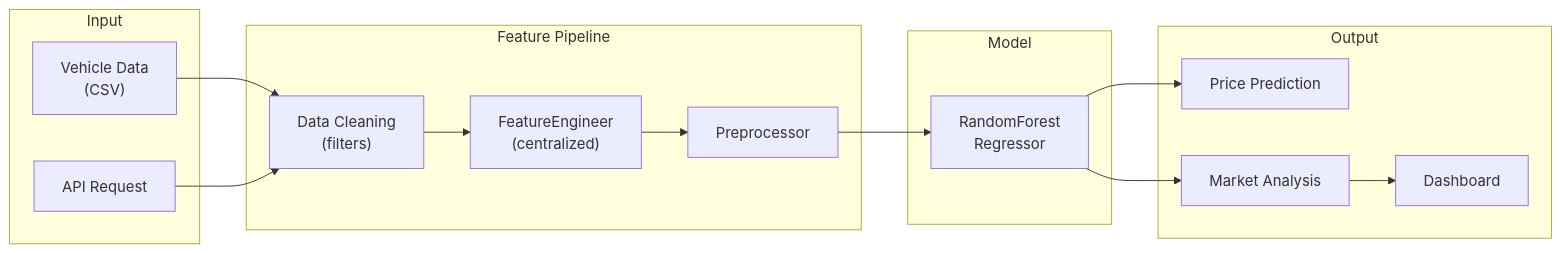
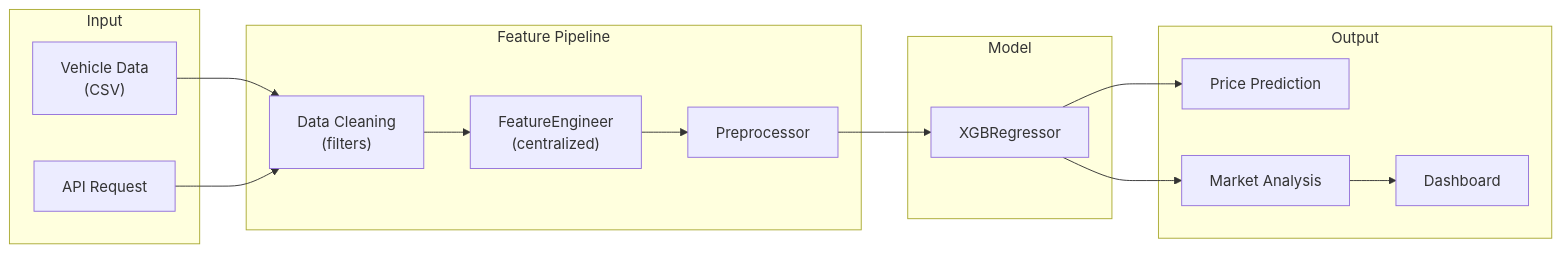
One commit to DuqueOM/ML-MLOps-Portfolio changed the third of 5 diagrams in docs/architecture/overview.md. Above: the diagram before and after it, drawn with Mermaid. The commit also changed 17 other files, not shown here.

````diff
--- a/docs/architecture/overview.md
+++ b/docs/architecture/overview.md
@@ -136,32 +136,32 @@
 ```mermaid
 graph LR
     subgraph "Input"
         CSV["Vehicle Data<br/>(CSV)"]
         API["API Request"]
     end
 
     subgraph "Feature Pipeline"
         CLEAN["Data Cleaning<br/>(filters)"]
         FEAT["FeatureEngineer<br/>(centralized)"]
         PREP["Preprocessor"]
     end
 
     subgraph "Model"
-        RF["RandomForest<br/>Regressor"]
+        XGB["XGBRegressor"]
     end
 
     subgraph "Output"
         PRICE["Price Prediction"]
         ANAL["Market Analysis"]
         DASH["Dashboard"]
     end
 
     CSV --> CLEAN
     API --> CLEAN
     CLEAN --> FEAT
     FEAT --> PREP
-    PREP --> RF
-    RF --> PRICE
-    RF --> ANAL
+    PREP --> XGB
+    XGB --> PRICE
+    XGB --> ANAL
     ANAL --> DASH
 ```
````
